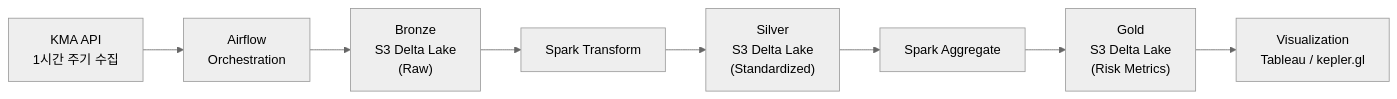
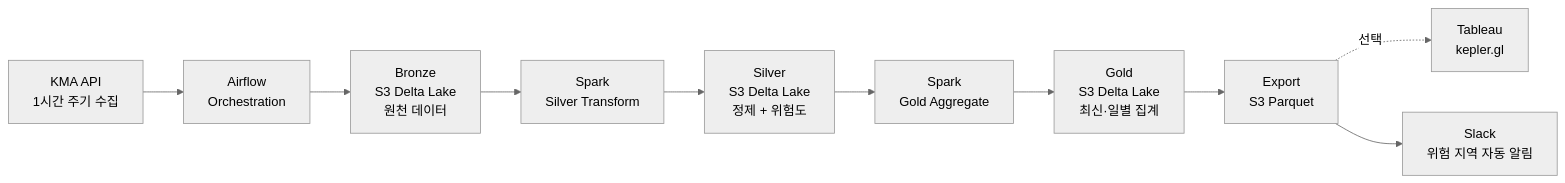
One commit to HongJunseong/weather-risk-assessment changed the diagram in README.md. Above: the diagram before and after it, drawn with Mermaid (neutral theme). The commit also changed other lines of this file, not shown here.

````diff
--- a/README.md
+++ b/README.md
@@ -57,10 +83,12 @@
 ```mermaid
 flowchart LR
   A["KMA API<br>1시간 주기 수집"] --> B["Airflow<br>Orchestration"]
-  B --> C["Bronze<br>S3 Delta Lake<br>(Raw)"]
-  C --> D["Spark Transform"]
-  D --> E["Silver<br>S3 Delta Lake<br>(Standardized)"]
-  E --> F["Spark Aggregate"]
-  F --> G["Gold<br>S3 Delta Lake<br>(Risk Metrics)"]
-  G --> V["Visualization<br>Tableau / kepler.gl"]
+  B --> C["Bronze<br>S3 Delta Lake<br>원천 데이터"]
+  C --> D["Spark<br>Silver Transform"]
+  D --> E["Silver<br>S3 Delta Lake<br>정제 + 위험도"]
+  E --> F["Spark<br>Gold Aggregate"]
+  F --> G["Gold<br>S3 Delta Lake<br>최신·일별 집계"]
+  G --> H["Export<br>S3 Parquet"]
+  H -.->|선택| V["Tableau<br>kepler.gl"]
+  H --> S["Slack<br>위험 지역 자동 알림"]
 ```
````
